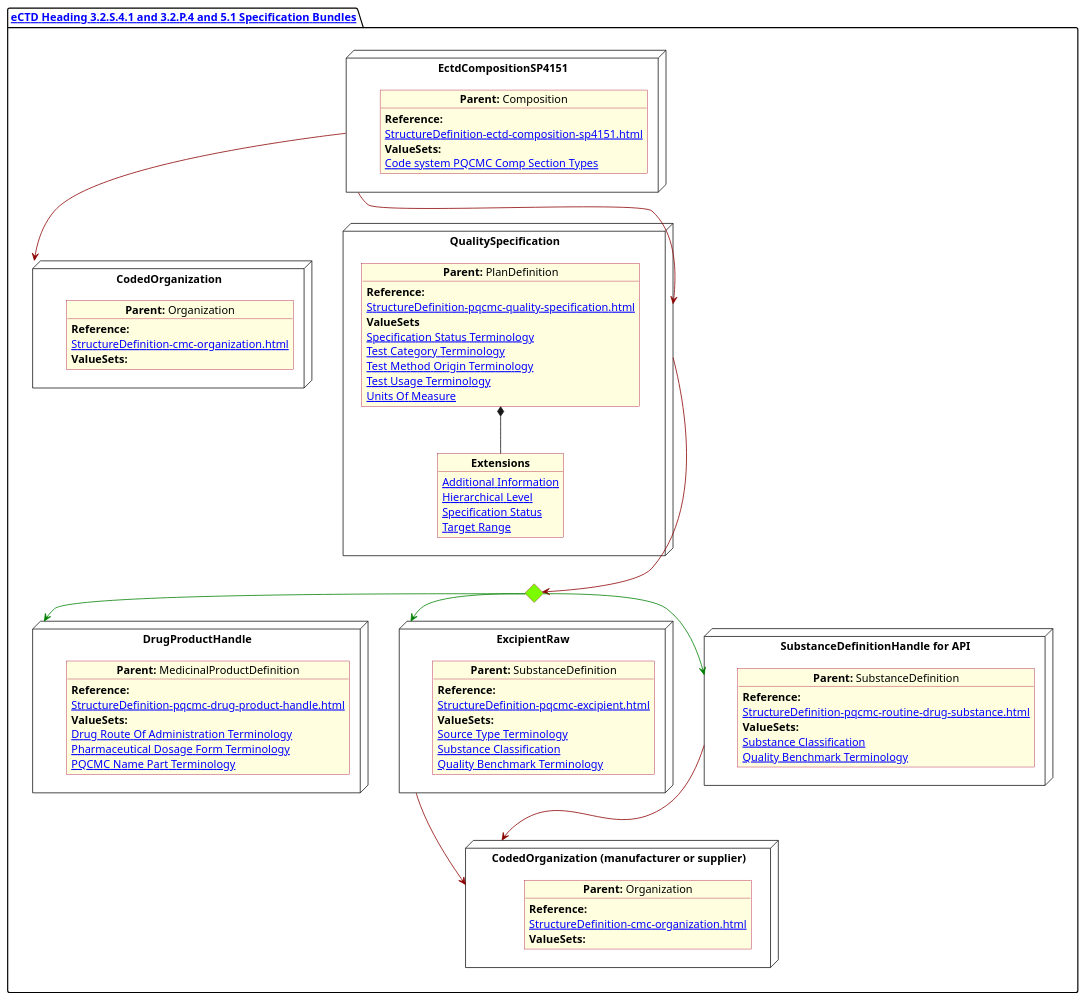
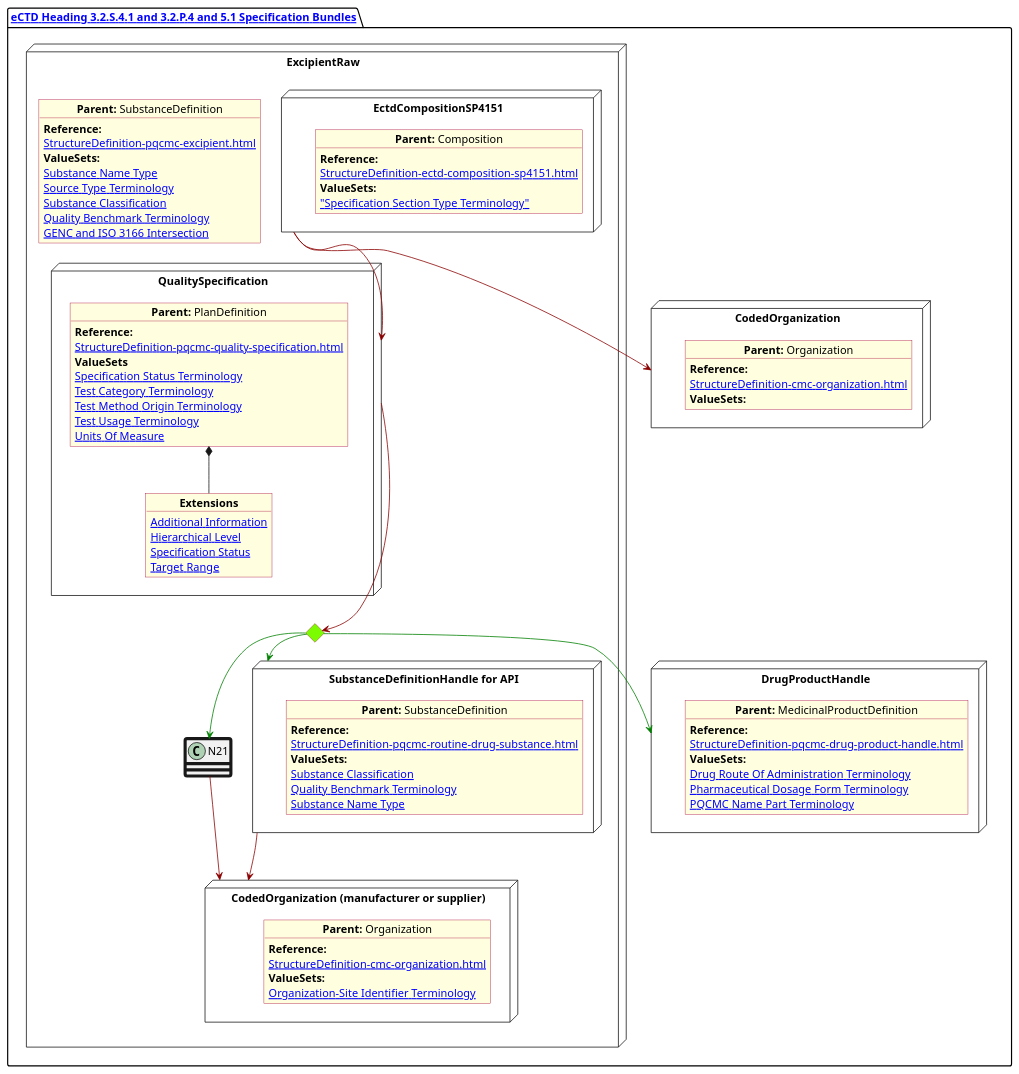
One commit to HL7/FHIR-us-pq-cmc-fda changed the diagram in input/images-source/Specification.plantuml. Above: the diagram before and after it, drawn with PlantUML. The commit also changed 20 other files, not shown here.

Commit message:
Edits to diagrams and last review of stage 1

```diff
--- a/input/images-source/Specification.plantuml
+++ b/input/images-source/Specification.plantuml
@@ -1,108 +1,111 @@
 @startuml Specification
 allowmixing
 'Mixed model of use case and object
 skinparam svgDimensionStyle false
 skinparam ObjectBackgroundColor LightYellow
 skinparam ObjectBorderColor #A80036
 skinparam activityDiamondBorderColor #A80036
 skinparam activityDiamondBackgroundColor lawnGreen
 skinparam ClassBorderThickness 4
 
 package "[[StructureDefinition-cmc-ectd-document-sp4151.html eCTD Heading 3.2.S.4.1 and 3.2.P.4 and 5.1 Specification Bundles]]" as NODES {
 
   node "CodedOrganization" as NMSpon {
 
     object "**Parent:** Organization" as objDP {
       **Reference:**
       [[StructureDefinition-cmc-organization.html]]
       **ValueSets:**
     }
   }
   node "DrugProductHandle" as NN {
 
     object "**Parent:** MedicinalProductDefinition" as obj3 {
       **Reference:**
       [[StructureDefinition-pqcmc-drug-product-handle.html]]
       **ValueSets:**
       [[ValueSet-spl-drug-route-of-administration-terminology.html Drug Route Of Administration Terminology]]
       [[ValueSet-spl-pharmaceutical-dosage-form-terminology.html Pharmaceutical Dosage Form Terminology]]
       [[ValueSet-pqcmc-name-part-terminology.html PQCMC Name Part Terminology]]
     }
   }
   node "ExcipientRaw" as N21 {
 
     object "**Parent:** SubstanceDefinition" as obj22 {
       **Reference:**
       [[StructureDefinition-pqcmc-excipient.html]]
       **ValueSets:**
+      [[ValueSet-pqcmc-substance-name-type.html Substance Name Type]]
       [[ValueSet-pqcmc-source-type-terminology.html Source Type Terminology]]
       [[ValueSet-substance-classification.html Substance Classification]]
       [[ValueSet-pqcmc-quality-benchmark-terminology.html Quality Benchmark Terminology]]
+      [[ValueSet-pqcmc-genc-and-iso-intersect.html GENC and ISO 3166 Intersection]]
+    }
 
+    node "EctdCompositionSP4151" as N1 {
+
+      object "**Parent:** Composition" as obj1 {
+        **Reference:**
+        [[StructureDefinition-ectd-composition-sp4151.html]]
+        **ValueSets:**
+        [[ValueSet-cmc-specification-types-vs.html "Specification Section Type Terminology"]]
+      }
     }
+
+    node "SubstanceDefinitionHandle for API" as NNS {
+
+      object "**Parent:** SubstanceDefinition" as obj4 {
+        **Reference:**
+        [[StructureDefinition-pqcmc-routine-drug-substance.html]]
+        **ValueSets:**
+        [[ValueSet-substance-classification.html Substance Classification]]
+        [[ValueSet-pqcmc-quality-benchmark-terminology.html Quality Benchmark Terminology]]
+        [[ValueSet-pqcmc-substance-name-type.html Substance Name Type]]
+
+      }
+    }
+
+    diamond CH
+
+    node "QualitySpecification" as N2 {
+
+      object "**Parent:** PlanDefinition" as obj2 {
+        **Reference:**
+        [[StructureDefinition-pqcmc-quality-specification.html]]
+        **ValueSets**
+        [[ValueSet-pqcmc-specification-status-terminology.html Specification Status Terminology]]
+        [[ValueSet-pqcmc-test-category-terminology.html Test Category Terminology]]
+        [[ValueSet-pqcmc-test-method-origin-terminology.html Test Method Origin Terminology]]
+        [[ValueSet-pqcmc-test-usage-terminology.html Test Usage Terminology]]
+        [[ValueSet-pqcmc-units-of-measure.html Units Of Measure]]
+
+      }
+      object "**Extensions**" as objQSEx {
+        [[StructureDefinition-pq-additional-info-extension.html Additional Information]]
+        [[StructureDefinition-pq-hierarchical-level-extension.html Hierarchical Level]]
+        [[StructureDefinition-pq-specification-status-extension.html Specification Status]]
+        [[StructureDefinition-pq-target-range.html Target Range]]
+      }
+      obj2 *-- objQSEx
+    }
+
+    node "CodedOrganization (manufacturer or supplier)" as NMSpon2 {
+
+      object "**Parent:** Organization" as objDP2 {
+        **Reference:**
+        [[StructureDefinition-cmc-organization.html]]
+        **ValueSets:**
+        [[ValueSet-pqcmc-org-identifier-type-terminology.html Organization-Site Identifier Terminology]]
+      }
+    }
+    N1 -[#darkred]-> N2
+    N1 -[#darkred]-> NMSpon
+
+    N2 -[#darkred]--> CH
+    CH -[#green]-> N21
+    CH -[#green]-> NNS
+    CH -[#green]-> NN
+    NNS -[#darkred]--> NMSpon2
+    N21 -[#darkred]--> NMSpon2
   }
-
-  node "EctdCompositionSP4151" as N1 {
-
-    object "**Parent:** Composition" as obj1 {
-      **Reference:**
-      [[StructureDefinition-ectd-composition-sp4151.html]]
-      **ValueSets:**
-      [[ValueSet-cmc-comp-section-types-vs.html Code system PQCMC Comp Section Types]]
-    }
-  }
-
-
-  node "SubstanceDefinitionHandle for API" as NNS {
-
-    object "**Parent:** SubstanceDefinition" as obj4 {
-      **Reference:**
-      [[StructureDefinition-pqcmc-routine-drug-substance.html]]
-      **ValueSets:**
-      [[ValueSet-substance-classification.html Substance Classification]]
-      [[ValueSet-pqcmc-quality-benchmark-terminology.html Quality Benchmark Terminology]]
-    }
-  }
-
-  diamond CH
-
-  node "QualitySpecification" as N2 {
-
-    object "**Parent:** PlanDefinition" as obj2 {
-      **Reference:**
-      [[StructureDefinition-pqcmc-quality-specification.html]]
-      **ValueSets**
-      [[ValueSet-pqcmc-specification-status-terminology.html Specification Status Terminology]]
-      [[ValueSet-pqcmc-test-category-terminology.html Test Category Terminology]]
-      [[ValueSet-pqcmc-test-method-origin-terminology.html Test Method Origin Terminology]]
-      [[ValueSet-pqcmc-test-usage-terminology.html Test Usage Terminology]]
-      [[ValueSet-pqcmc-units-of-measure.html Units Of Measure]]
-    }
-    object "**Extensions**" as objQSEx {
-      [[StructureDefinition-pq-additional-info-extension.html Additional Information]]
-      [[StructureDefinition-pq-hierarchical-level-extension.html Hierarchical Level]]
-      [[StructureDefinition-pq-specification-status-extension.html Specification Status]]
-      [[StructureDefinition-pq-target-range.html Target Range]]
-    }
-    obj2 *-- objQSEx
-  }
-
-  node "CodedOrganization (manufacturer or supplier)" as NMSpon2 {
-
-    object "**Parent:** Organization" as objDP2 {
-      **Reference:**
-      [[StructureDefinition-cmc-organization.html]]
-      **ValueSets:**
-    }
-  }
-  N1 -[#darkred]-> N2
-  N1 -[#darkred]-> NMSpon
-
-  N2 -[#darkred]--> CH
-  CH -[#green]-> N21
-  CH -[#green]-> NNS
-  CH -[#green]-> NN
-  NNS -[#darkred]--> NMSpon2
-  N21 -[#darkred]--> NMSpon2
-}
-@enduml
+  @enduml
```
